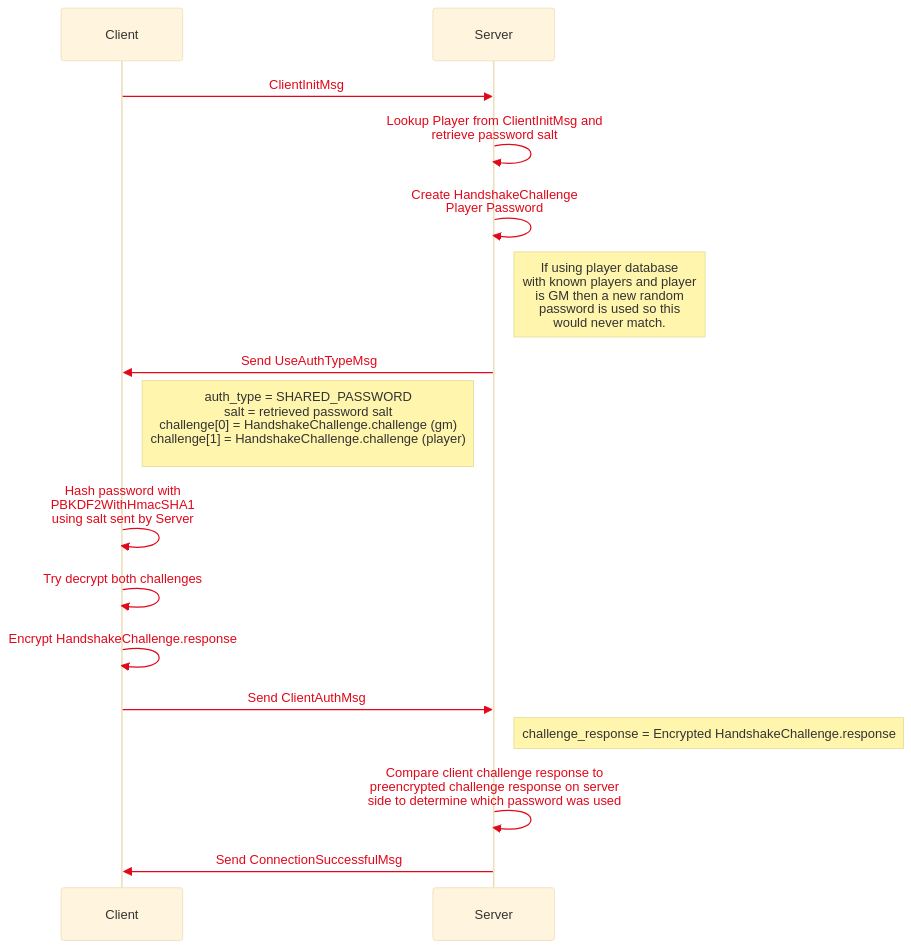
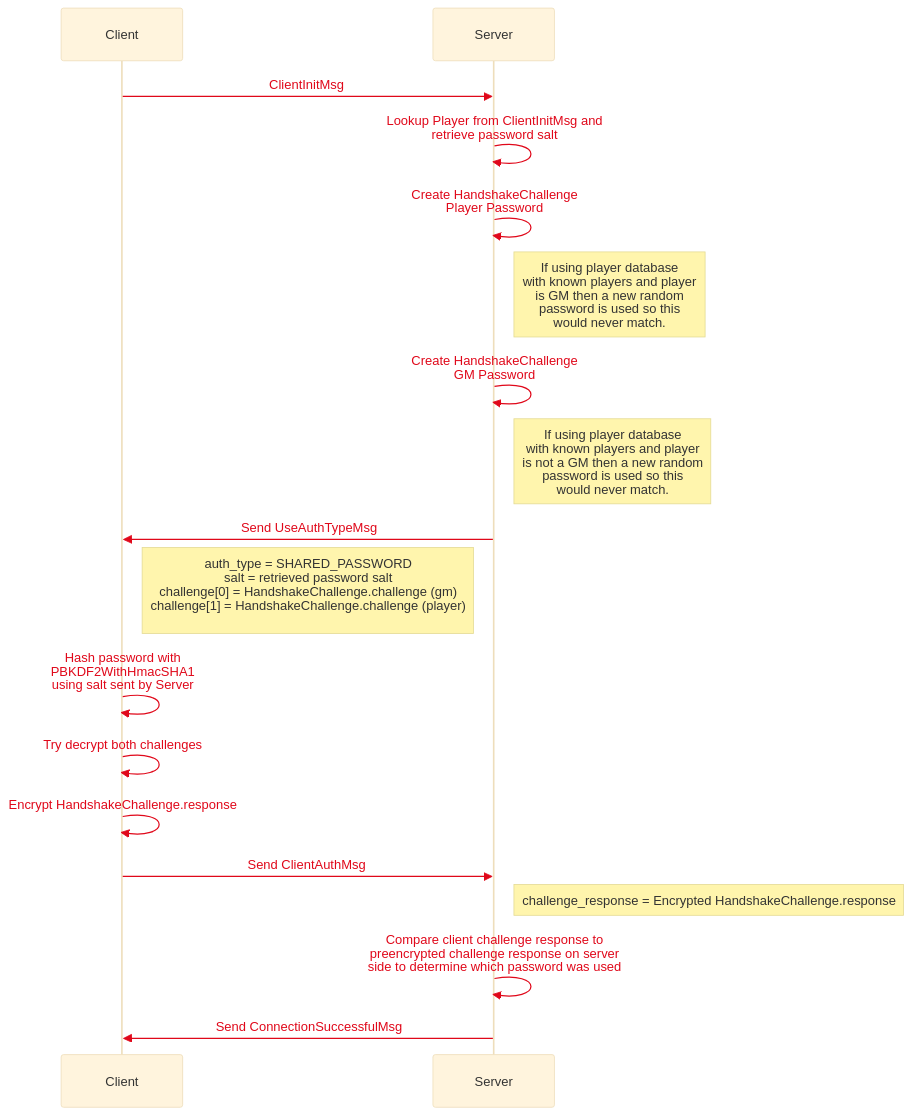
Before and after one commit to cwisniew/rptools-dev-doc: the third of 3 diagrams in docs/networking/authentication.md, drawn with Mermaid. The commit also changed other lines of this file, not shown here.

Commit message:
Update the authentication flow details

````diff
--- a/docs/networking/authentication.md
+++ b/docs/networking/authentication.md
@@ -36,18 +42,20 @@
 ```mermaid
 
 %%{init: {'theme': 'base', 'themeVariables': { 'signalColor': '#e0081a', 'textColor': '#e0081a' }}}%%
   sequenceDiagram
   Client->>Server: ClientInitMsg
 Server->>Server: Lookup Player from ClientInitMsg and<br/>retrieve password salt
 Server->>Server: Create HandshakeChallenge<br/>Player Password
 note right of Server: If using player database<br/> with known players and player<br/>is GM then a new random<br/>password is used so this<br/> would never match.
+Server->>Server: Create HandshakeChallenge<br/>GM Password
+note right of Server: If using player database<br/> with known players and player<br/>is not a GM then a new random<br/>password is used so this<br/> would never match.
 Server->>Client: Send UseAuthTypeMsg
 note right of Client: auth_type = SHARED_PASSWORD<br/> salt = retrieved password salt<br/> challenge[0] = HandshakeChallenge.challenge (gm)<br/> challenge[1] = HandshakeChallenge.challenge (player)<br/>
 Client->>Client: Hash password with<br/>PBKDF2WithHmacSHA1<br/>using salt sent by Server
 Client->>Client: Try decrypt both challenges
 Client->>Client: Encrypt HandshakeChallenge.response
 Client->>Server: Send ClientAuthMsg
 note right of Server: challenge_response = Encrypted HandshakeChallenge.response
 Server->>Server: Compare client challenge response to<br/>preencrypted challenge response on server<br/>side to determine which password was used
 Server->>Client: Send ConnectionSuccessfulMsg
 ```
````
